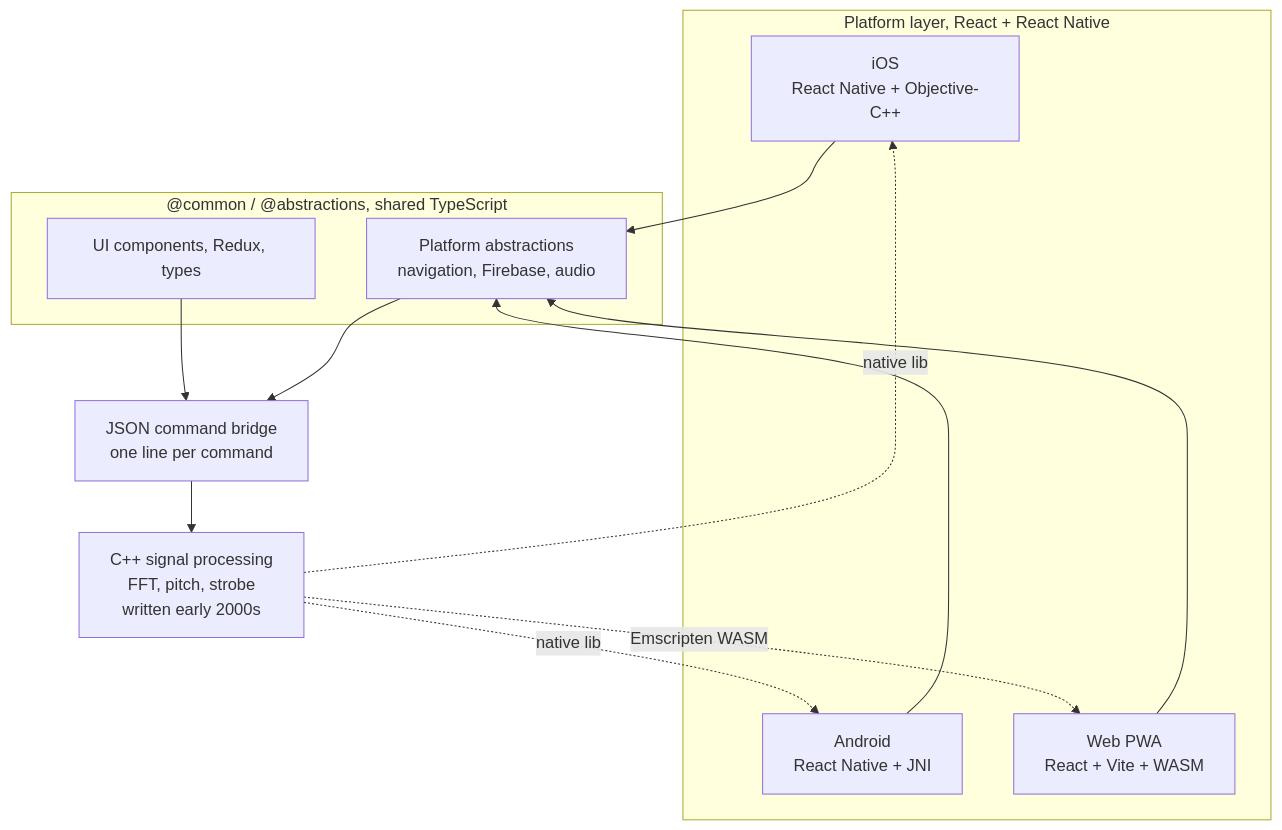
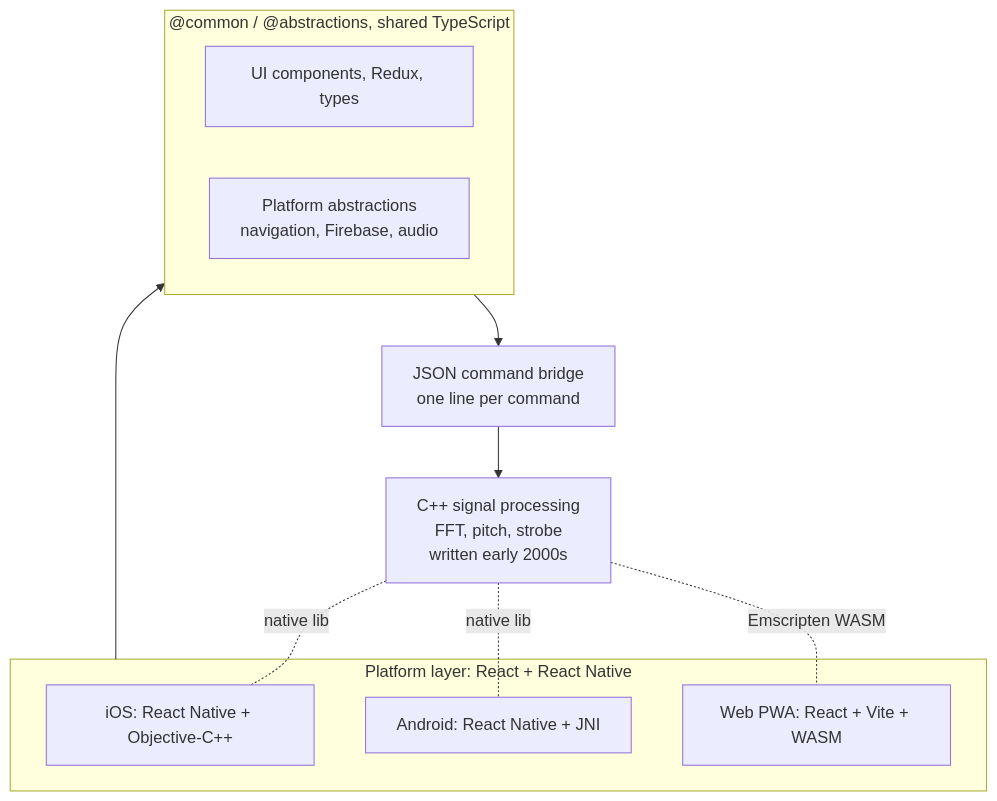
The diagram in content/posts/cross-platform-cpp-react-native-integration.md (Applicaudia/applicaudia-blog), drawn with Mermaid before and after one commit. The commit also changed 2 other files, not shown here.

Commit message:
Dark-theme mermaid config; restructure cross-platform diagram
One mermaid-config.json now themes all post diagrams for the dark
paper background (transparent bg, light text, lime node fills), and
the cross-platform C++ architecture graph is rewritten as clean
top-down layers instead of criss-crossing edges.

````diff
--- a/content/posts/cross-platform-cpp-react-native-integration.md
+++ b/content/posts/cross-platform-cpp-react-native-integration.md
@@ -20,23 +20,25 @@
 ```mermaid
 graph TD
-    subgraph Platform["Platform layer, React + React Native"]
-        IOS["iOS<br/>React Native + Objective-C++"]
-        AND["Android<br/>React Native + JNI"]
-        WEB["Web PWA<br/>React + Vite + WASM"]
+    subgraph Platform["Platform layer: React + React Native"]
+        IOS["iOS: React Native + Objective-C++"]
+        AND["Android: React Native + JNI"]
+        WEB["Web PWA: React + Vite + WASM"]
     end
+
     subgraph Shared["@common / @abstractions, shared TypeScript"]
         UI["UI components, Redux, types"]
         ABS["Platform abstractions<br/>navigation, Firebase, audio"]
     end
+
     BRIDGE["JSON command bridge<br/>one line per command"]
+
     CPP["C++ signal processing<br/>FFT, pitch, strobe<br/>written early 2000s"]
-    IOS --> ABS
-    AND --> ABS
-    WEB --> ABS
-    UI --> BRIDGE
-    ABS --> BRIDGE
+
+    Platform --> Shared
+    Shared --> BRIDGE
     BRIDGE --> CPP
-    CPP -. native lib .-> IOS
-    CPP -. native lib .-> AND
-    CPP -. Emscripten WASM .-> WEB
+
+    CPP -. native lib .- IOS
+    CPP -. native lib .- AND
+    CPP -. Emscripten WASM .- WEB
 ```
````
